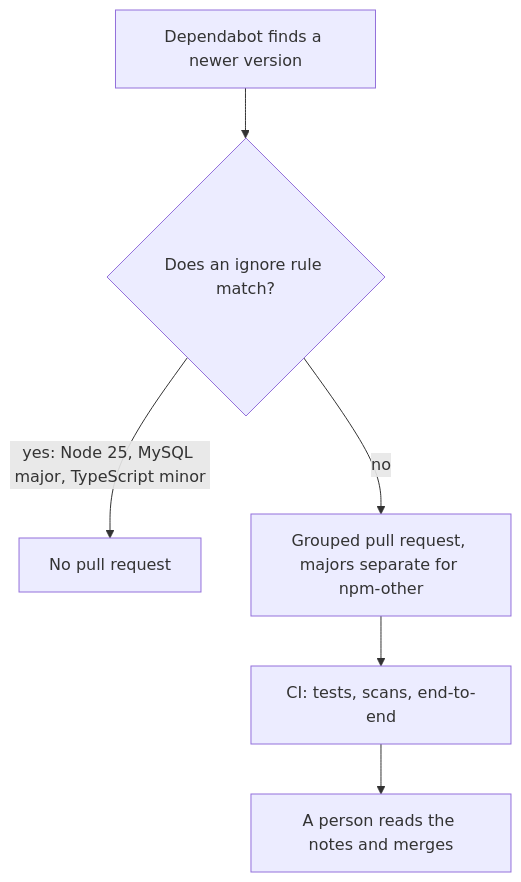
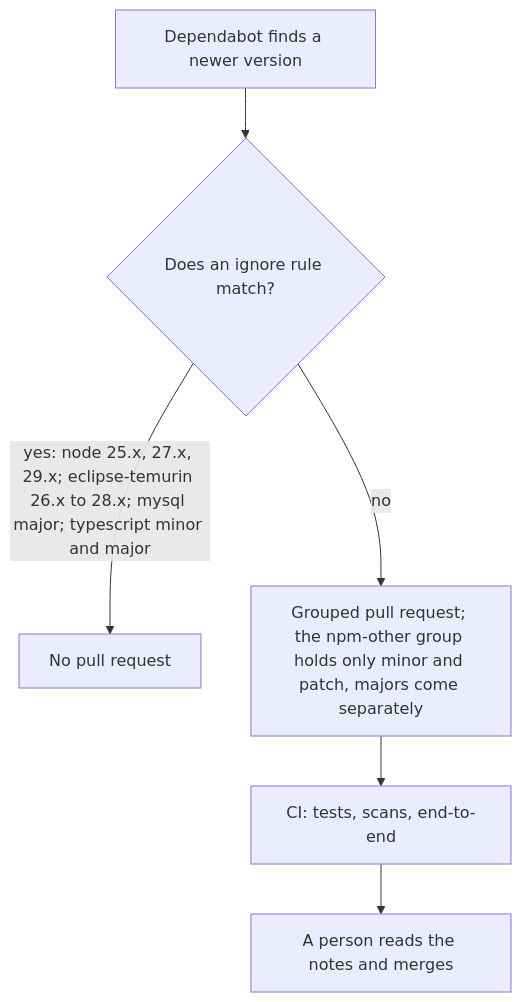
One commit to Sriram-Codes-SW/secure-doc-viewer changed the second of 2 diagrams in book/part-5-production/36-supply-chain-and-ci.md. Above: the diagram before and after it, drawn with Mermaid. The commit also changed other lines of this file and 63 other files, not shown here.

````diff
--- a/book/part-5-production/36-supply-chain-and-ci.md
+++ b/book/part-5-production/36-supply-chain-and-ci.md
@@ -227,8 +229,8 @@
 ```mermaid
 flowchart TB
     D["Dependabot finds a newer version"] --> I{"Does an ignore rule match?"}
-    I -->|"yes: Node 25, MySQL major, TypeScript minor"| S["No pull request"]
-    I -->|"no"| G["Grouped pull request, majors separate for npm-other"]
+    I -->|"yes: node 25.x, 27.x, 29.x; eclipse-temurin 26.x to 28.x; mysql major; typescript minor and major"| S["No pull request"]
+    I -->|"no"| G["Grouped pull request; the npm-other group holds only minor and patch, majors come separately"]
     G --> C["CI: tests, scans, end-to-end"]
     C --> H["A person reads the notes and merges"]
 ```
````
